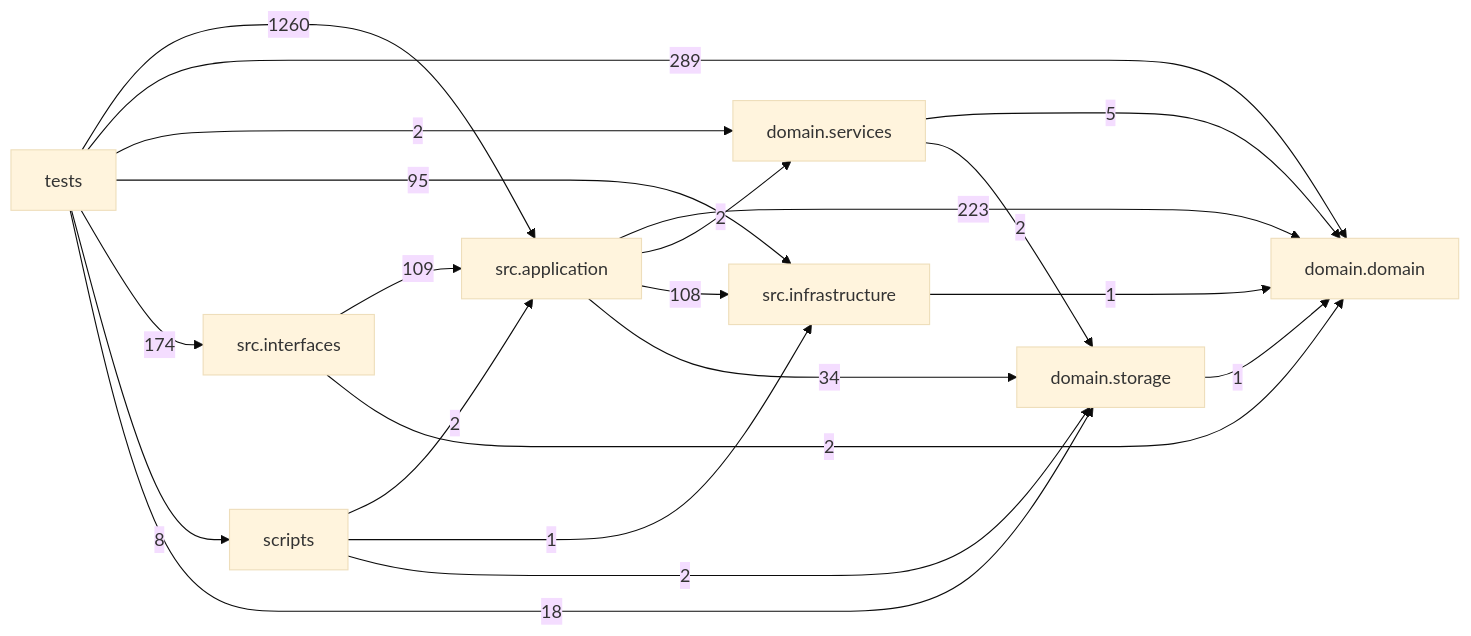
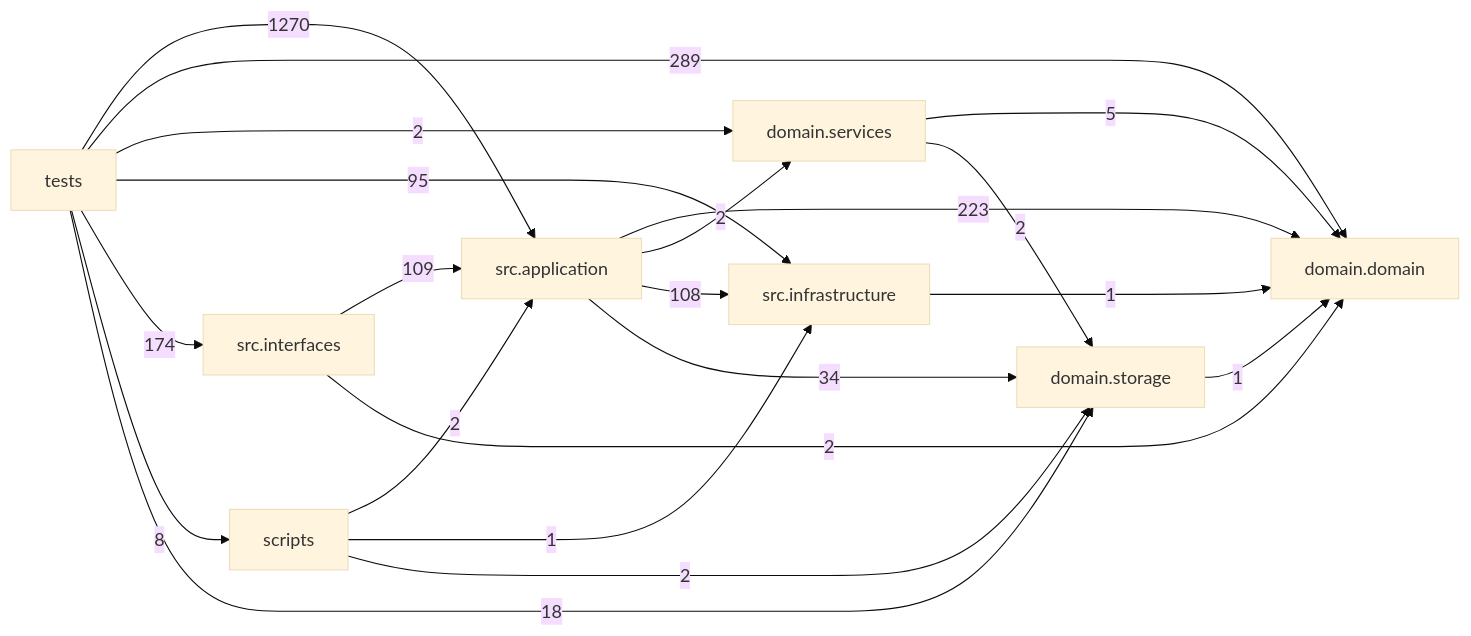
The diagram in docs/DEPENDENCY_GRAPH.md (liuxie066/options-monitor), drawn with Mermaid (base theme) before and after one commit. The commit also changed other lines of this file and 27 other files, not shown here.

````diff
--- a/docs/DEPENDENCY_GRAPH.md
+++ b/docs/DEPENDENCY_GRAPH.md
@@ -24,31 +24,31 @@
 ```mermaid
 flowchart LR
   tests["tests"]
   scripts["scripts"]
   interfaces["src.interfaces"]
   application["src.application"]
   infrastructure["src.infrastructure"]
   domain_services["domain.services"]
   domain["domain.domain"]
   storage["domain.storage"]
   application -->|223| domain
   application -->|2| domain_services
   application -->|108| infrastructure
   application -->|34| storage
   domain_services -->|5| domain
   domain_services -->|2| storage
   infrastructure -->|1| domain
   interfaces -->|109| application
   interfaces -->|2| domain
   scripts -->|2| application
   scripts -->|1| infrastructure
   scripts -->|2| storage
   storage -->|1| domain
-  tests -->|1260| application
+  tests -->|1270| application
   tests -->|289| domain
   tests -->|2| domain_services
   tests -->|95| infrastructure
   tests -->|174| interfaces
   tests -->|8| scripts
   tests -->|18| storage
 ```
````
